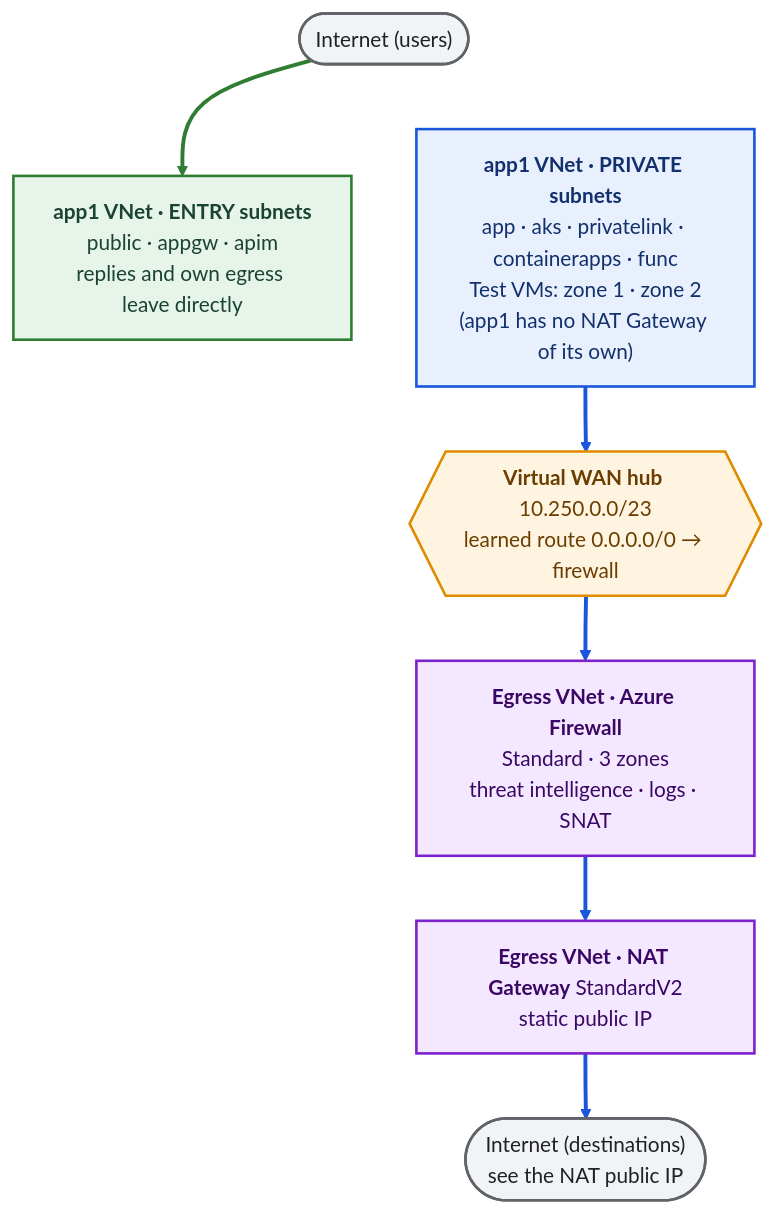
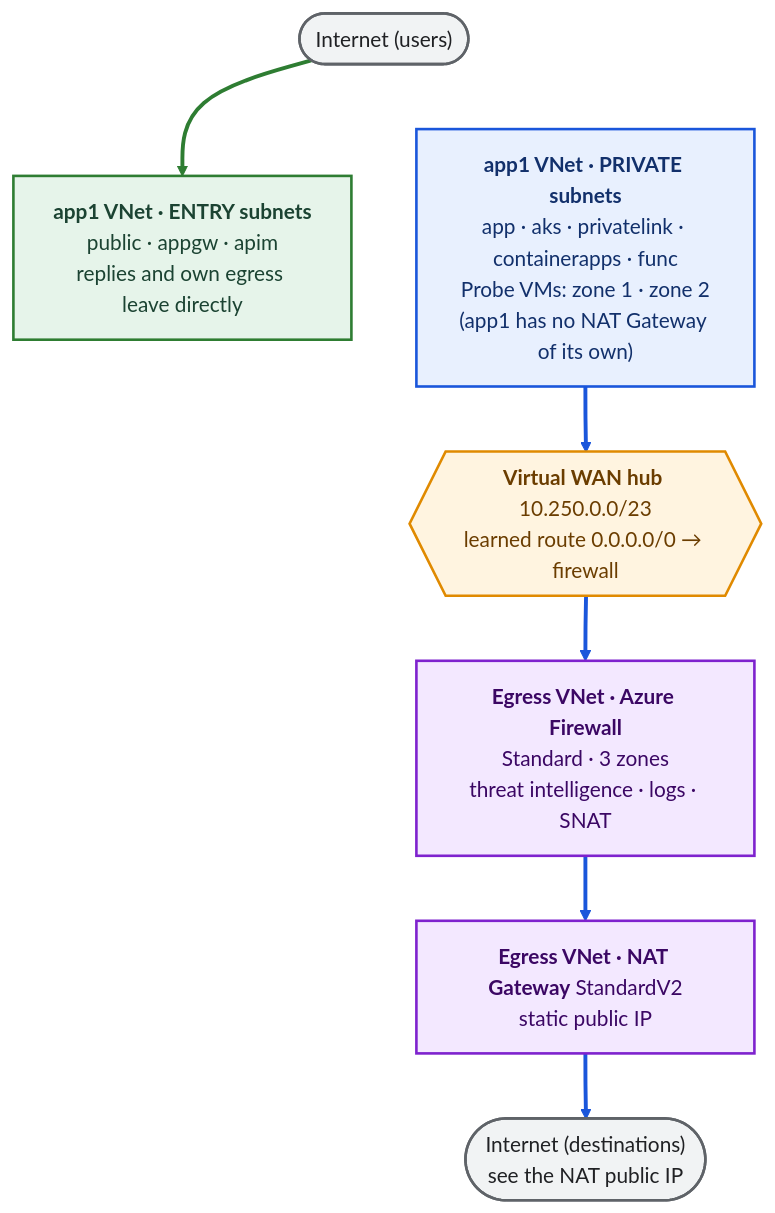
Before and after one commit to jalcalaroot/azure-vwan-egress: the diagram in docs/architecture.mmd, drawn with Mermaid (base theme). The commit also changed 10 other files, not shown here.

```diff
--- a/docs/architecture.mmd
+++ b/docs/architecture.mmd
@@ -1,29 +1,29 @@
 flowchart TB
     USERS(["Internet (users)"])
     ENTRY["<b>app1 VNet · ENTRY subnets</b><br/>public · appgw · apim<br/>replies and own egress leave directly"]
-    PRIVATE["<b>app1 VNet · PRIVATE subnets</b><br/>app · aks · privatelink · containerapps · func<br/>Test VMs: zone 1 · zone 2<br/>(app1 has no NAT Gateway of its own)"]
+    PRIVATE["<b>app1 VNet · PRIVATE subnets</b><br/>app · aks · privatelink · containerapps · func<br/>Probe VMs: zone 1 · zone 2<br/>(app1 has no NAT Gateway of its own)"]
     HUB{{"<b>Virtual WAN hub</b> 10.250.0.0/23<br/>learned route 0.0.0.0/0 → firewall"}}
     FW["<b>Egress VNet · Azure Firewall</b><br/>Standard · 3 zones<br/>threat intelligence · logs · SNAT"]
     NAT["<b>Egress VNet · NAT Gateway</b> StandardV2<br/>static public IP"]
     WEB(["Internet (destinations)<br/>see the NAT public IP"])
 
     USERS ==> ENTRY
     PRIVATE ==> HUB
     HUB ==> FW
     FW ==> NAT
     NAT ==> WEB
     USERS ~~~ PRIVATE
 
     classDef inbound fill:#e6f4ea,stroke:#2e7d32,stroke-width:2px,color:#1b4332
     classDef private fill:#e8f0fe,stroke:#1a56db,stroke-width:2px,color:#12306b
     classDef transit fill:#fff4e0,stroke:#e08a00,stroke-width:2px,color:#6b3d00
     classDef egress fill:#f3e8ff,stroke:#7e22ce,stroke-width:2px,color:#3b0764
     classDef net fill:#f1f3f4,stroke:#5f6368,stroke-width:2px,color:#202124
     class ENTRY inbound
     class PRIVATE private
     class HUB transit
     class FW,NAT egress
     class USERS,WEB net
     linkStyle 0 stroke:#2e7d32,stroke-width:3px
     linkStyle 1,2,3,4 stroke:#1a56db,stroke-width:3px
     linkStyle 5 stroke:transparent
```
